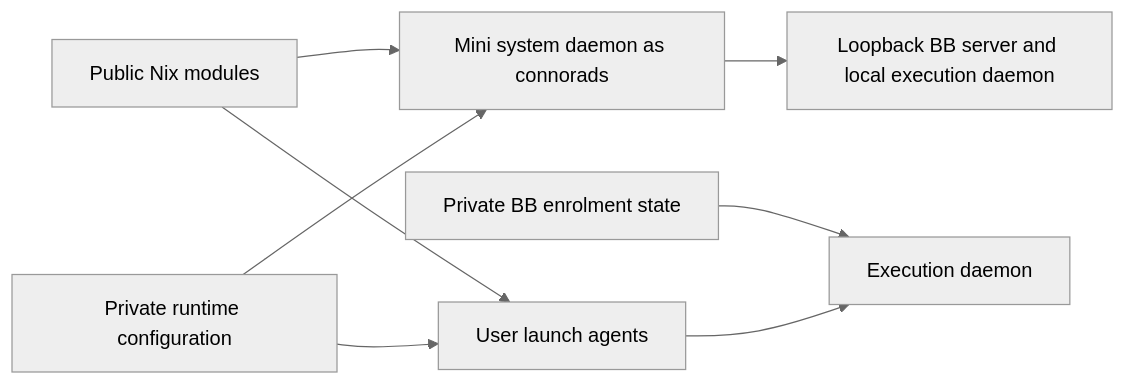
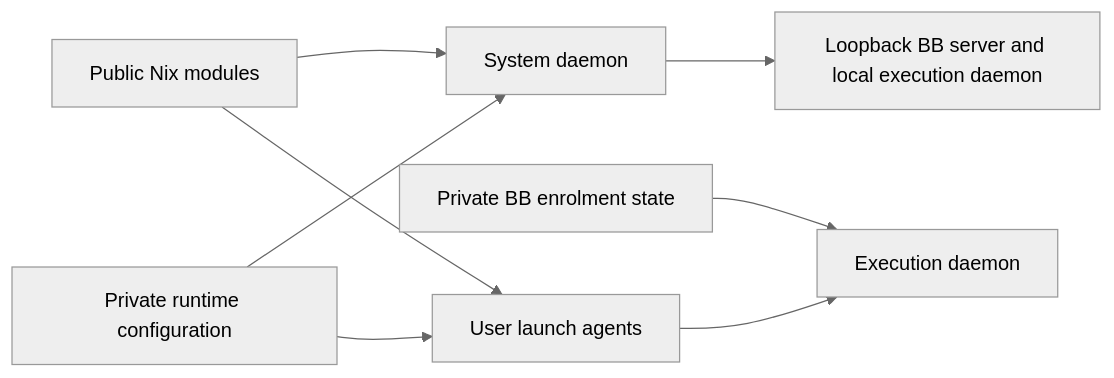
The fourth of 4 diagrams in docs/remote-access.md (connorads/dotfiles), drawn with Mermaid (neutral theme) before and after one commit. The commit also changed other lines of this file and 1 other file, not shown here.

Commit message:
Move machine-specific access details out of public docs

````diff
--- a/docs/remote-access.md
+++ b/docs/remote-access.md
@@ -232,10 +231,10 @@
 ```mermaid
 flowchart LR
-  Nix[Public Nix modules] --> System[Mini system daemon as connorads]
+  Nix[Public Nix modules] --> System[System daemon]
   Nix --> User[User launch agents]
   Local[Private runtime configuration] --> System
   Local --> User
   State[Private BB enrolment state] --> Worker[Execution daemon]
   User --> Worker
   System --> Server[Loopback BB server and local execution daemon]
 ```
````
